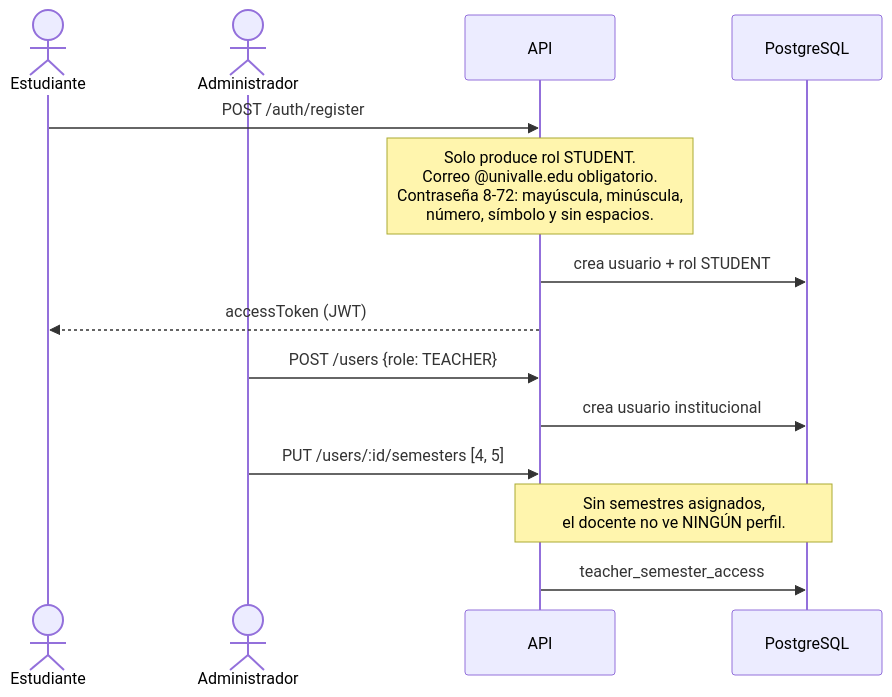
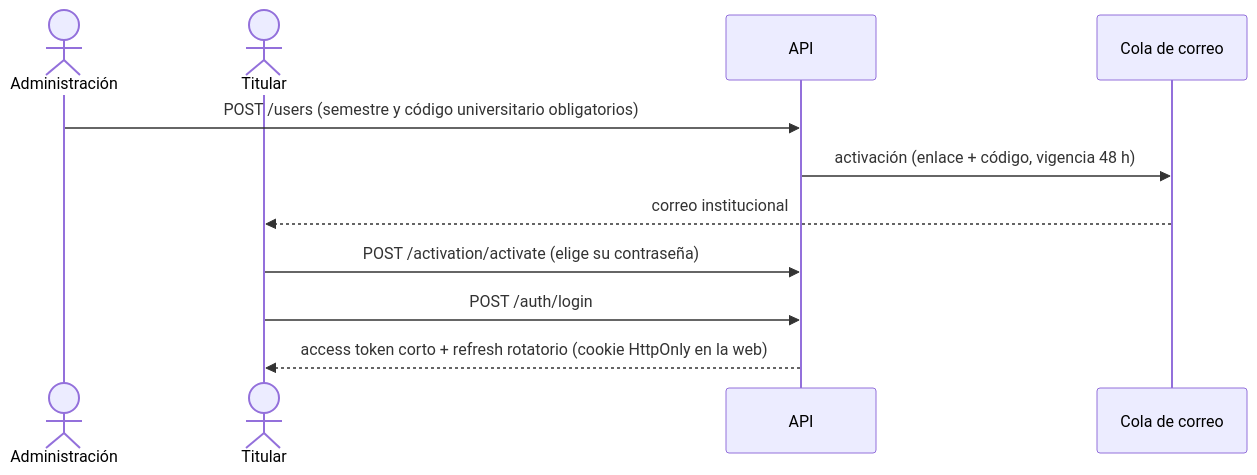
One commit to Mollo-Israel/SISTEMA-MULTIPLATAFORMA-DEL-PERFIL-ESTUDIANTIL changed the third of 4 diagrams in docs/EL_SISTEMA_COMPLETO.md. Above: the diagram before and after it, drawn with Mermaid. The commit also changed other lines of this file and 17 other files, not shown here.

````diff
--- a/docs/EL_SISTEMA_COMPLETO.md
+++ b/docs/EL_SISTEMA_COMPLETO.md
@@ -217,18 +177,13 @@
 ```mermaid
 sequenceDiagram
-    actor E as Estudiante
-    actor A as Administrador
+    actor A as Administración
+    actor E as Titular
     participant API
-    participant DB as PostgreSQL
-
-    E->>API: POST /auth/register
-    Note over API: Solo produce rol STUDENT.<br/>Correo @univalle.edu obligatorio.<br/>Contraseña 8-72: mayúscula, minúscula,<br/>número, símbolo y sin espacios.
-    API->>DB: crea usuario + rol STUDENT
-    API-->>E: accessToken (JWT)
-
-    A->>API: POST /users {role: TEACHER}
-    API->>DB: crea usuario institucional
-    A->>API: PUT /users/:id/semesters [4, 5]
-    Note over API,DB: Sin semestres asignados,<br/>el docente no ve NINGÚN perfil.
-    API->>DB: teacher_semester_access
+    participant Cola as Cola de correo
+    A->>API: POST /users (semestre y código universitario obligatorios)
+    API->>Cola: activación (enlace + código, vigencia 48 h)
+    Cola-->>E: correo institucional
+    E->>API: POST /activation/activate (elige su contraseña)
+    E->>API: POST /auth/login
+    API-->>E: access token corto + refresh rotatorio (cookie HttpOnly en la web)
 ```
````
